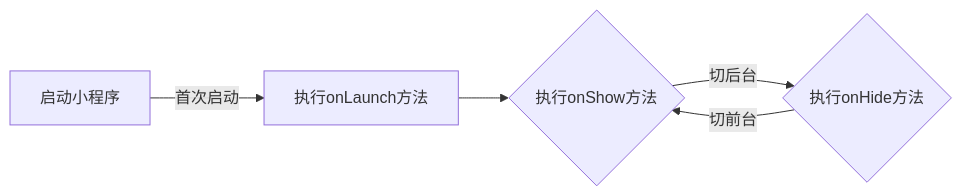
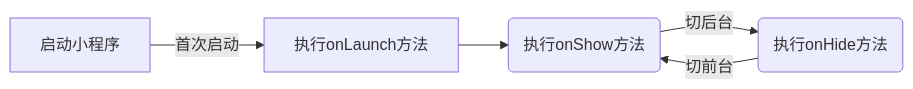
One commit to shmchen/shmchen.github.io changed the first of 8 diagrams in _posts/2018-12-08-微信小程序之生命周期.md. Above: the diagram before and after it, drawn with Mermaid. The commit also changed other lines of this file and 1 other file, not shown here.

````diff
--- a/_posts/2018-12-08-微信小程序之生命周期.md
+++ b/_posts/2018-12-08-微信小程序之生命周期.md
@@ -45,7 +45,7 @@
 ```mermaid
 graph LR
     start[启动小程序] -- 首次启动 --> launch[执行onLaunch方法]
-    launch --> show{执行onShow方法}
-    show -- 切后台 --> hide{执行onHide方法}
+    launch --> show(执行onShow方法)
+    show -- 切后台 --> hide(执行onHide方法)
     hide -- 切前台 --> show	
 ```
````
